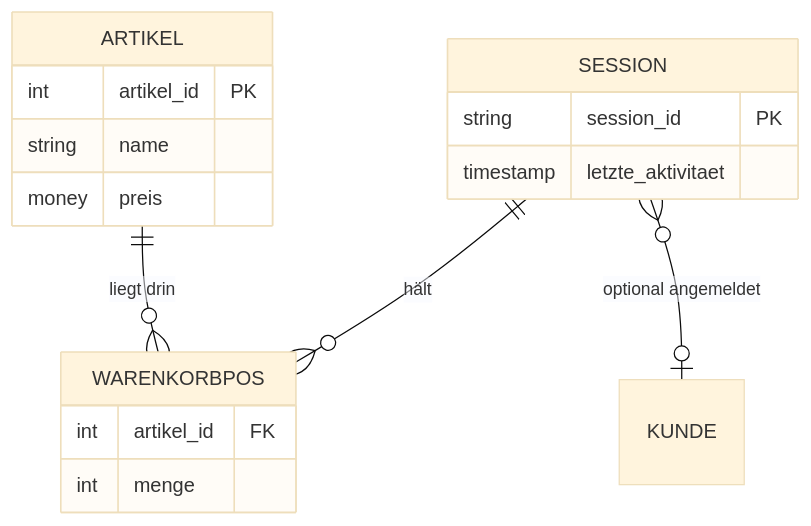
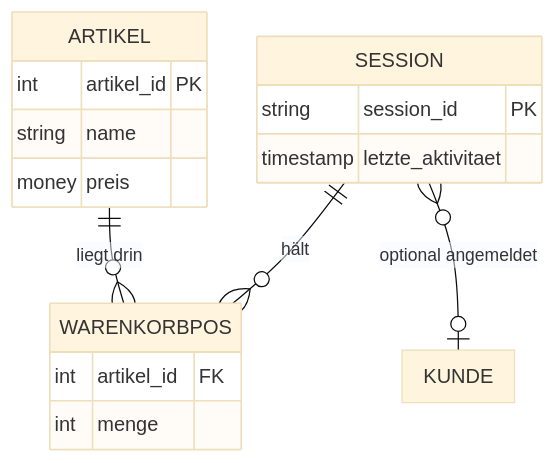
The diagram in slides/diagramme/02_shop_modell.mmd (swrobuts/BurgerMetrics), drawn with Mermaid (base theme) before and after one commit. The commit also changed 17 other files, not shown here.

```diff
--- a/slides/diagramme/02_shop_modell.mmd
+++ b/slides/diagramme/02_shop_modell.mmd
@@ -1,17 +1,18 @@
+%%{init: {"er": {"nodeSpacing": 40, "rankSpacing": 56, "minEntityHeight": 42, "minEntityWidth": 90, "entityPadding": 12, "diagramPadding": 6}}}%%
 erDiagram
     SESSION   ||--o{ WARENKORBPOS : "hält"
     ARTIKEL   ||--o{ WARENKORBPOS : "liegt drin"
     SESSION   }o--o| KUNDE        : "optional angemeldet"
     SESSION {
         string session_id PK
         timestamp letzte_aktivitaet
     }
     WARENKORBPOS {
         int    artikel_id FK
         int    menge
     }
     ARTIKEL {
         int    artikel_id PK
         string name
         money  preis
     }
```
